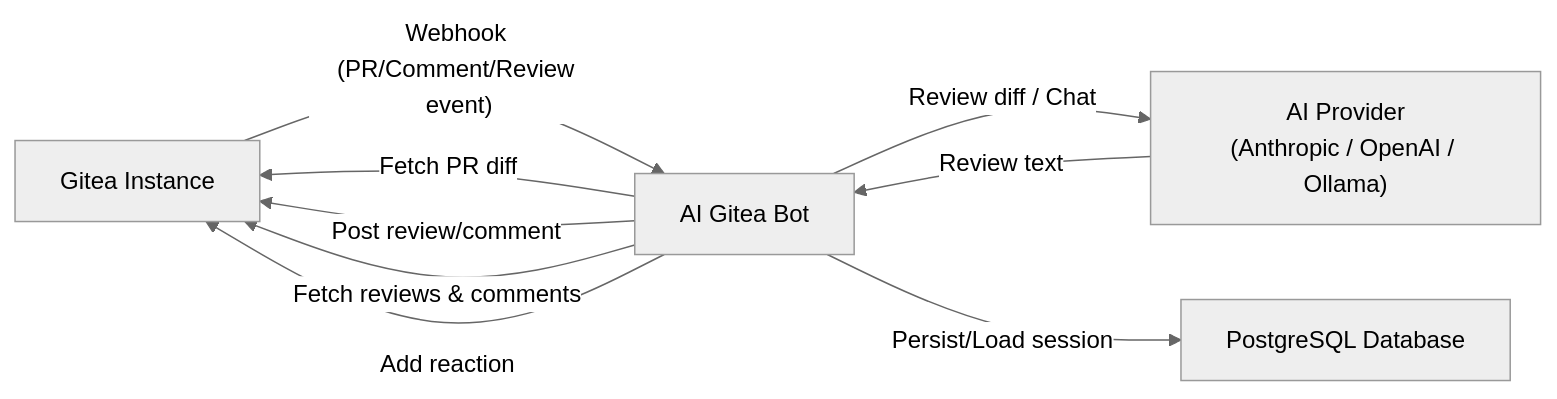
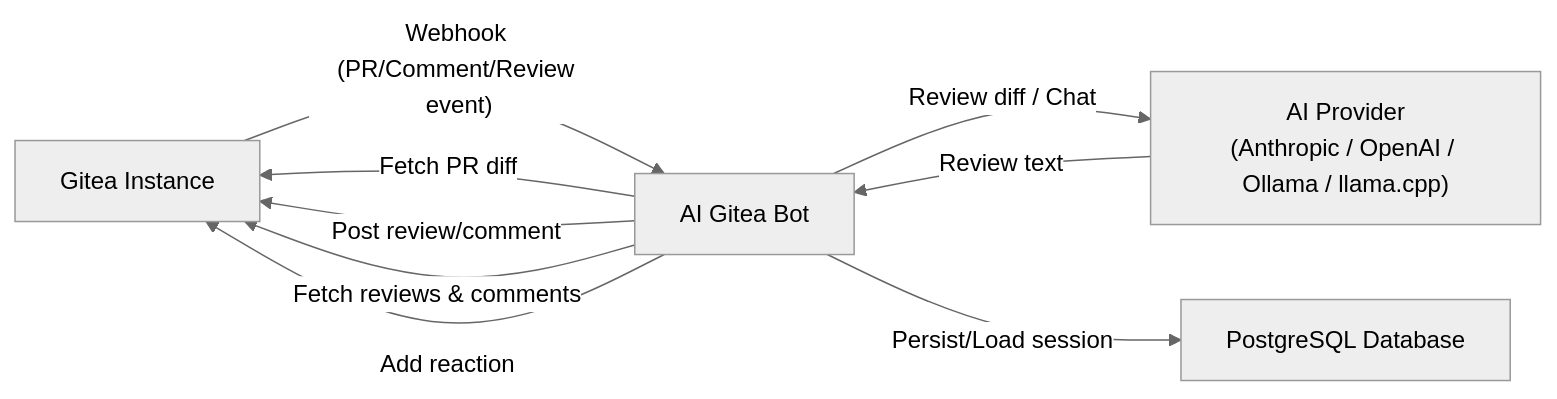
The first of 12 diagrams in doc/ARCHITECTURE.md (tmseidel/ai-gitea-bot), drawn with Mermaid (neutral theme) before and after one commit. The commit also changed other lines of this file and 13 other files, not shown here.

Commit message:
:feature #17 first draft for llama.cpp support. tested pr-feature with qwen

````diff
--- a/doc/ARCHITECTURE.md
+++ b/doc/ARCHITECTURE.md
@@ -7,16 +7,16 @@
 ```mermaid
 graph LR
     Gitea["Gitea Instance"]
     Bot["AI Gitea Bot"]
-    AI["AI Provider<br/>(Anthropic / OpenAI / Ollama)"]
+    AI["AI Provider<br/>(Anthropic / OpenAI / Ollama / llama.cpp)"]
     DB["PostgreSQL Database"]
 
     Gitea -- "Webhook (PR/Comment/Review event)" --> Bot
     Bot -- "Fetch PR diff" --> Gitea
     Bot -- "Post review/comment" --> Gitea
     Bot -- "Fetch reviews & comments" --> Gitea
     Bot -- "Add reaction" --> Gitea
     Bot -- "Review diff / Chat" --> AI
     AI -- "Review text" --> Bot
     Bot -- "Persist/Load session" --> DB
 ```
````
